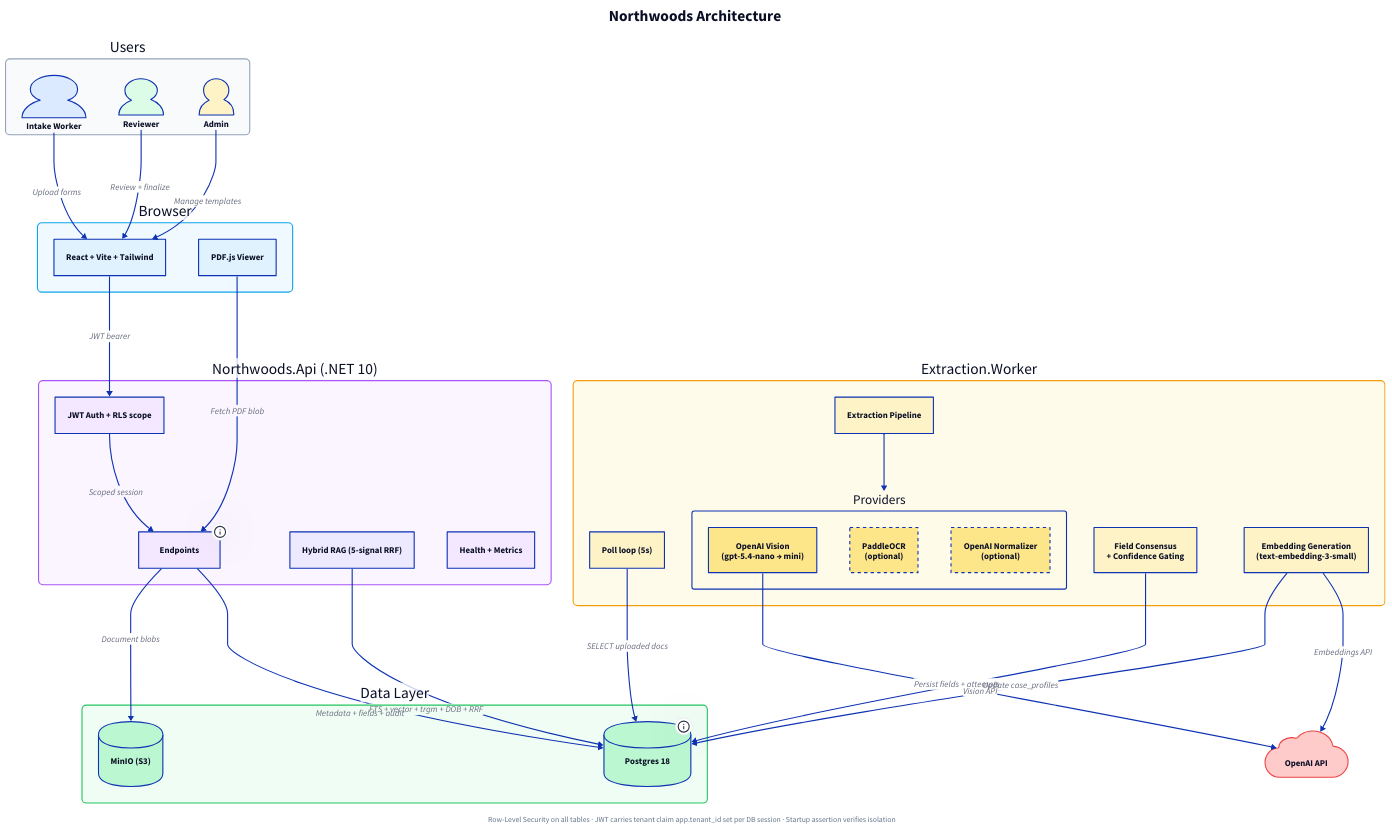
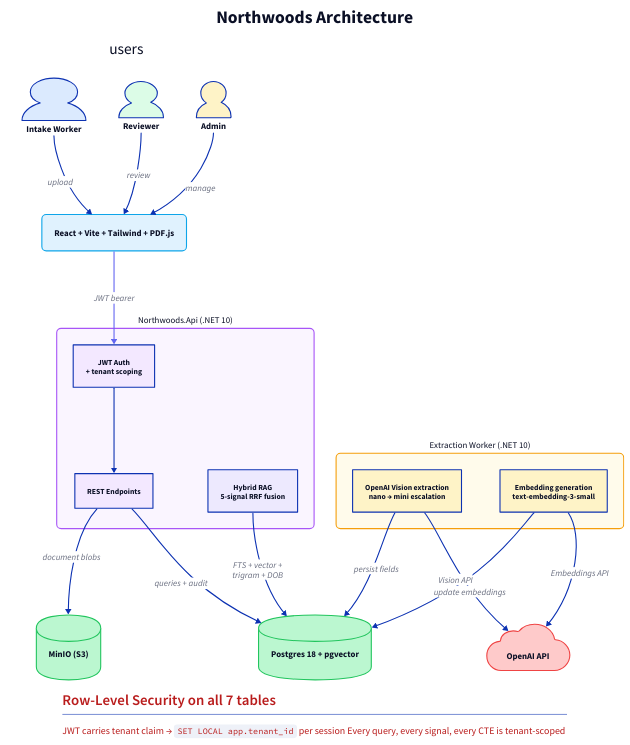
One commit to open-horizon-labs/northwoods changed the diagram in docs/architecture-overview.d2. Above: the diagram before and after it, drawn with D2. The commit also changed 1 other file, not shown here.

Commit message:
docs: redesign architecture diagram — sketch style, vertical layout, larger text, red RLS callout

```diff
--- a/docs/architecture-overview.d2
+++ b/docs/architecture-overview.d2
@@ -1,196 +1,146 @@
 direction: down
 
 title: Northwoods Architecture {
   near: top-center
   shape: text
   style: {
-    font-size: 28
+    font-size: 32
     bold: true
   }
 }
 
-# Users
-users: Users {
+# --- Users (horizontal row) ---
+users: {
   style: {
-    fill: "#f8fafc"
-    stroke: "#94a3b8"
-    border-radius: 8
+    fill: transparent
+    stroke: transparent
   }
   iw: Intake Worker {
     shape: person
     style.fill: "#dbeafe"
+    style.font-size: 16
   }
   rv: Reviewer {
     shape: person
     style.fill: "#dcfce7"
+    style.font-size: 16
   }
   admin: Admin {
     shape: person
     style.fill: "#fef3c7"
+    style.font-size: 16
   }
 }
 
-# Frontend
-browser: Browser {
+# --- Frontend ---
+web: React + Vite + Tailwind + PDF.js {
+  shape: rectangle
   style: {
-    fill: "#f0f9ff"
+    fill: "#e0f2fe"
     stroke: "#0ea5e9"
     border-radius: 8
-  }
-  react: React + Vite + Tailwind {
-    shape: rectangle
-    style.fill: "#e0f2fe"
-  }
-  pdfjs: PDF.js Viewer {
-    shape: rectangle
-    style.fill: "#e0f2fe"
+    font-size: 16
   }
 }
 
-# API Layer
+# --- API ---
 api: Northwoods.Api (.NET 10) {
   style: {
     fill: "#faf5ff"
     stroke: "#a855f7"
     border-radius: 8
+    font-size: 16
   }
-  auth: JWT Auth + RLS scope {
-    shape: rectangle
+  auth: JWT Auth\n+ tenant scoping {
     style.fill: "#f3e8ff"
+    style.font-size: 14
   }
-  endpoints: Endpoints {
-    shape: rectangle
+  endpoints: REST Endpoints {
     style.fill: "#f3e8ff"
-    tooltip: |md
-      - /auth/login
-      - /intakes (upload)
-      - /reviews (queue, detail, finalize)
-      - /search, /cases
-      - /templates (CRUD, blank PDF)
-      - /admin (wipe, reprocess)
-      - /scalar/v1 (API docs)
-    |
+    style.font-size: 14
   }
-  rag: Hybrid RAG (5-signal RRF) {
-    shape: rectangle
+  rag: Hybrid RAG\n5-signal RRF fusion {
     style.fill: "#ede9fe"
-  }
-  metrics: Health + Metrics {
-    shape: rectangle
-    style.fill: "#f3e8ff"
+    style.font-size: 14
+    style.bold: true
   }
 }
 
-# Worker
-worker: Extraction.Worker {
+# --- Worker ---
+worker: Extraction Worker (.NET 10) {
   style: {
     fill: "#fffbeb"
     stroke: "#f59e0b"
     border-radius: 8
+    font-size: 16
   }
-  poll: Poll loop (5s) {
-    shape: rectangle
+  pipeline: OpenAI Vision extraction\nnano → mini escalation {
     style.fill: "#fef3c7"
+    style.font-size: 14
   }
-  pipeline: Extraction Pipeline {
-    shape: rectangle
+  embed: Embedding generation\ntext-embedding-3-small {
     style.fill: "#fef3c7"
-  }
-  providers: Providers {
-    style: {
-      fill: "#fefce8"
-      border-radius: 4
-    }
-    vision: OpenAI Vision\n(gpt-5.4-nano → mini) {
-      shape: rectangle
-      style.fill: "#fde68a"
-    }
-    paddle: PaddleOCR\n(optional) {
-      shape: rectangle
-      style.fill: "#fde68a"
-      style.stroke-dash: 3
-    }
-    normalizer: OpenAI Normalizer\n(optional) {
-      shape: rectangle
-      style.fill: "#fde68a"
-      style.stroke-dash: 3
-    }
-  }
-  consensus: Field Consensus\n+ Confidence Gating {
-    shape: rectangle
-    style.fill: "#fef3c7"
-  }
-  embed: Embedding Generation\n(text-embedding-3-small) {
-    shape: rectangle
-    style.fill: "#fef3c7"
+    style.font-size: 14
   }
 }
 
-# Data
-data: Data Layer {
+# --- Data ---
+pg: Postgres 18 + pgvector {
+  shape: cylinder
   style: {
-    fill: "#f0fdf4"
+    fill: "#bbf7d0"
     stroke: "#22c55e"
-    border-radius: 8
-  }
-  pg: Postgres 18 {
-    shape: cylinder
-    style.fill: "#bbf7d0"
-    tooltip: |md
-      - RLS on all 7 tables
-      - pgvector (HNSW index)
-      - pg_trgm (GIN indexes)
-      - FTS (tsvector)
-      - Append-only extraction_attempts
-      - Audit events with correlation IDs
-    |
-  }
-  minio: MinIO (S3) {
-    shape: cylinder
-    style.fill: "#bbf7d0"
+    font-size: 16
+    bold: true
   }
 }
 
-# External
+minio: MinIO (S3) {
+  shape: cylinder
+  style: {
+    fill: "#bbf7d0"
+    stroke: "#22c55e"
+    font-size: 16
+  }
+}
+
+# --- External ---
 openai: OpenAI API {
   shape: cloud
   style: {
     fill: "#fecaca"
     stroke: "#ef4444"
+    font-size: 16
   }
 }
 
-# Connections
-users.iw -> browser.react: Upload forms
-users.rv -> browser.react: Review + finalize
-users.admin -> browser.react: Manage templates
-
-browser.react -> api.auth: JWT bearer
-browser.pdfjs -> api.endpoints: Fetch PDF blob
-
-api.auth -> api.endpoints: Scoped session
-api.endpoints -> data.pg: Metadata + fields + audit
-api.endpoints -> data.minio: Document blobs
-api.rag -> data.pg: FTS + vector + trgm + DOB + RRF
-
-worker.poll -> data.pg: SELECT uploaded docs
-worker.pipeline -> worker.providers
-worker.providers.vision -> openai: Vision API
-worker.consensus -> data.pg: Persist fields + attempts
-worker.embed -> openai: Embeddings API
-worker.embed -> data.pg: Update case_profiles
-
-# Tenant isolation
-tenant: Tenant Isolation {
+# --- Tenant isolation callout ---
+rls: |md
+  ## Row-Level Security on all 7 tables
+  JWT carries tenant claim → `SET LOCAL app.tenant_id` per session
+  Every query, every signal, every CTE is tenant-scoped
+| {
   near: bottom-center
   shape: text
   style: {
-    font-size: 14
-    italic: true
-    font-color: "#64748b"
+    font-size: 18
+    font-color: "#b91c1c"
+    bold: true
   }
-  label: |md
-    Row-Level Security on all tables · JWT carries tenant claim
-    app.tenant_id set per DB session · Startup assertion verifies isolation
-  |
 }
+
+# --- Connections ---
+users.iw -> web: upload
+users.rv -> web: review
+users.admin -> web: manage
+
+web -> api.auth: JWT bearer {style.stroke: "#6366f1"}
+api.auth -> api.endpoints
+api.endpoints -> pg: queries + audit
+api.endpoints -> minio: document blobs
+api.rag -> pg: FTS + vector +\ntrigram + DOB
+
+worker.pipeline -> openai: Vision API
+worker.embed -> openai: Embeddings API
+worker.pipeline -> pg: persist fields
+worker.embed -> pg: update embeddings
```
